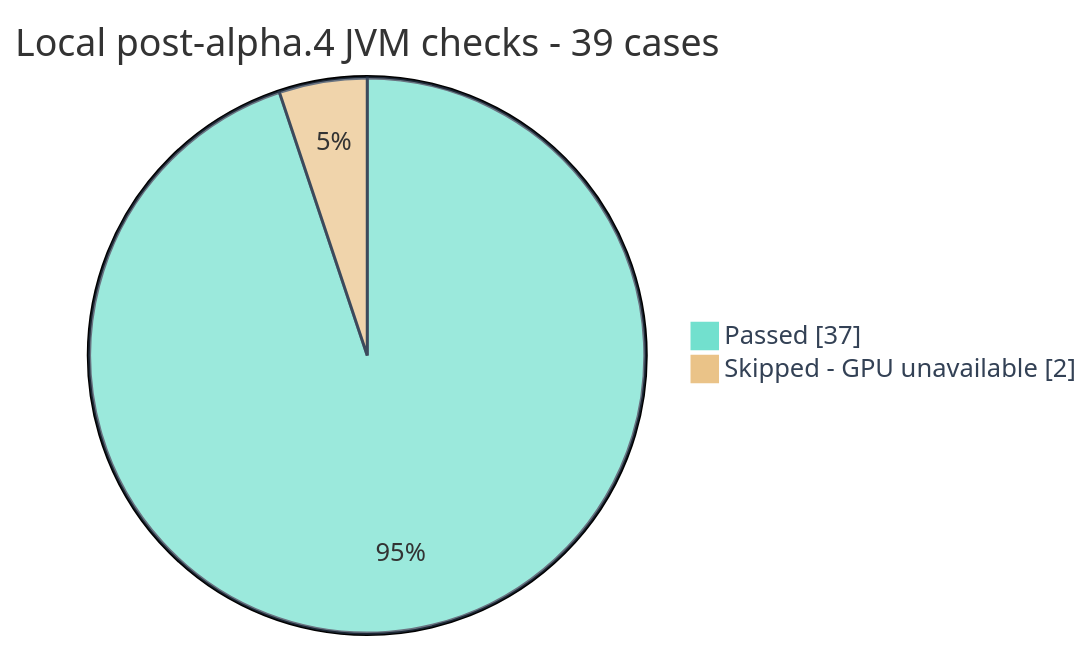
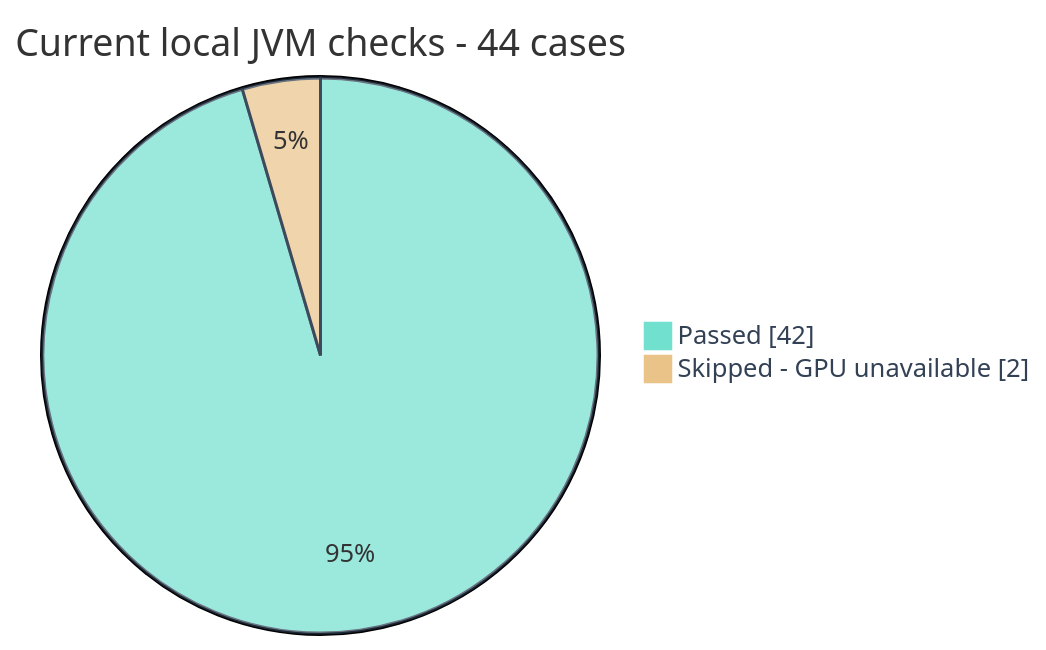
The third of 4 diagrams in README.md (sabbirimon/HyperL), drawn with Mermaid before and after one commit. The commit also changed other lines of this file and 5 other files, not shown here.

````diff
--- a/README.md
+++ b/README.md
@@ -273,7 +275,7 @@
 ```mermaid
 %%{init: {'theme':'base','themeVariables':{'pie1':'#72e0ce','pie2':'#eac388','pieStrokeColor':'#2a394d','pieLegendTextColor':'#334155'}}}%%
 pie showData
-    title Local post-alpha.4 JVM checks - 39 cases
-    "Passed" : 37
+    title Current local JVM checks - 44 cases
+    "Passed" : 42
     "Skipped - GPU unavailable" : 2
 ```
````
